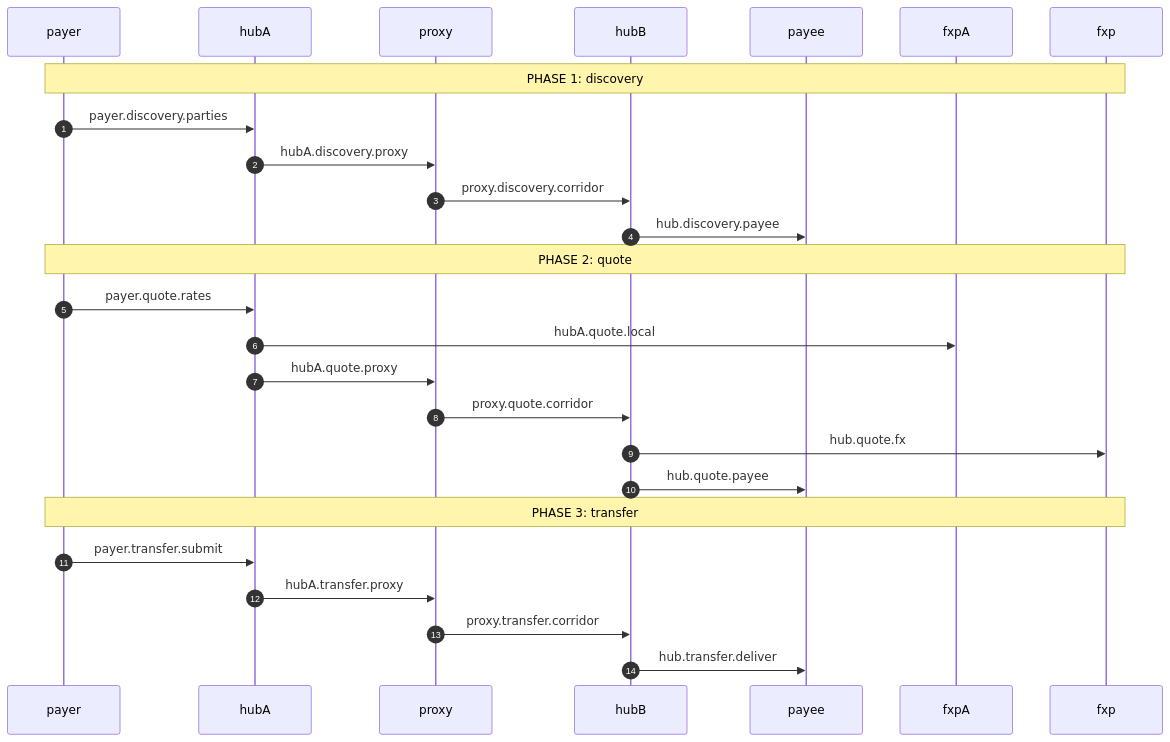
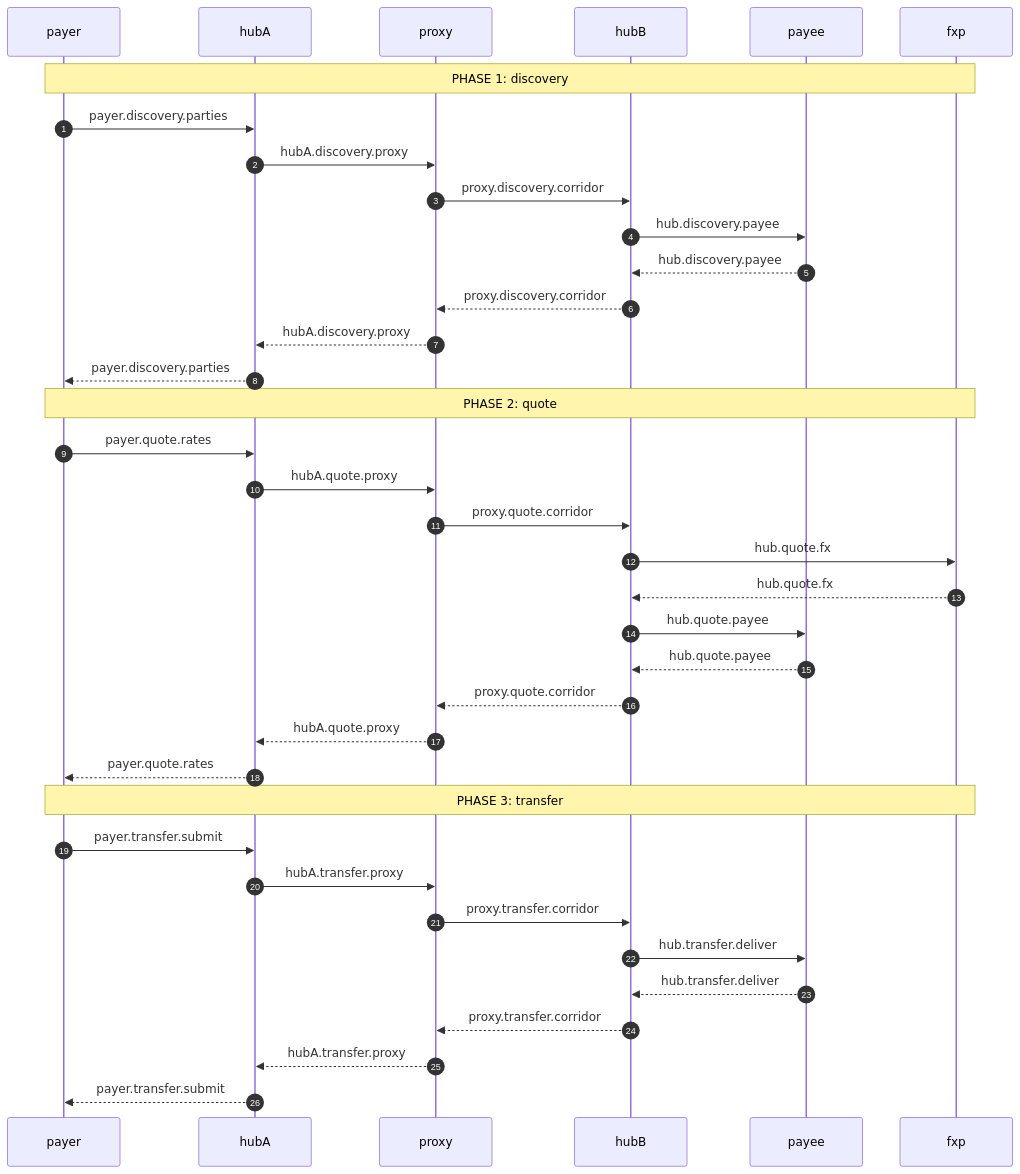
One commit to feasibleone/blong changed the second of 2 diagrams in core/semantic-log/docs/observed-flows.md. Above: the diagram before and after it, drawn with Mermaid. The commit also changed other lines of this file and 223 other files, not shown here.

````diff
--- a/core/semantic-log/docs/observed-flows.md
+++ b/core/semantic-log/docs/observed-flows.md
@@ -63,28 +77,39 @@
 ```mermaid
 sequenceDiagram
     autonumber
     participant payer
     participant hubA
     participant proxy
     participant hubB
     participant payee
-    participant fxpA
     participant fxp
     Note over payer, fxp: PHASE 1: discovery
     payer->>hubA: payer.discovery.parties
     hubA->>proxy: hubA.discovery.proxy
     proxy->>hubB: proxy.discovery.corridor
     hubB->>payee: hub.discovery.payee
+    payee-->>hubB: hub.discovery.payee
+    hubB-->>proxy: proxy.discovery.corridor
+    proxy-->>hubA: hubA.discovery.proxy
+    hubA-->>payer: payer.discovery.parties
     Note over payer, fxp: PHASE 2: quote
     payer->>hubA: payer.quote.rates
-    hubA->>fxpA: hubA.quote.local
     hubA->>proxy: hubA.quote.proxy
     proxy->>hubB: proxy.quote.corridor
     hubB->>fxp: hub.quote.fx
+    fxp-->>hubB: hub.quote.fx
     hubB->>payee: hub.quote.payee
+    payee-->>hubB: hub.quote.payee
+    hubB-->>proxy: proxy.quote.corridor
+    proxy-->>hubA: hubA.quote.proxy
+    hubA-->>payer: payer.quote.rates
     Note over payer, fxp: PHASE 3: transfer
     payer->>hubA: payer.transfer.submit
     hubA->>proxy: hubA.transfer.proxy
     proxy->>hubB: proxy.transfer.corridor
     hubB->>payee: hub.transfer.deliver
+    payee-->>hubB: hub.transfer.deliver
+    hubB-->>proxy: proxy.transfer.corridor
+    proxy-->>hubA: hubA.transfer.proxy
+    hubA-->>payer: payer.transfer.submit
 ```
````
